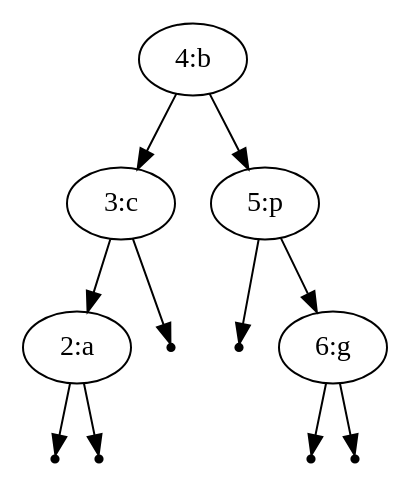
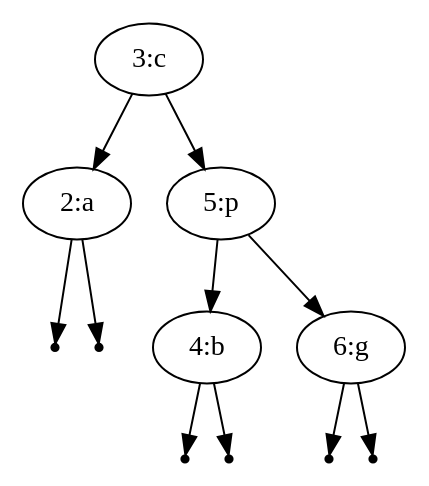
One commit to Lentosy/Master-Informatica changed the diagram in Semester I/Gevorderde algoritmen/Labo 2019-2020/1. Binaire Zoekbomen/boom.dot. Above: the diagram before and after it, drawn with Graphviz. The commit also changed 5 other files, not shown here.

```diff
--- a/Semester I/Gevorderde algoritmen/Labo 2019-2020/1. Binaire Zoekbomen/boom.dot
+++ b/Semester I/Gevorderde algoritmen/Labo 2019-2020/1. Binaire Zoekbomen/boom.dot
@@ -1,23 +1,23 @@
 digraph {
-"1"[label="4:b"];
-"2"[label="3:c"];
-"3"[label="2:a"];
+"1"[label="3:c"];
+"2"[label="2:a"];
+"3" [shape=point];
 "4" [shape=point];
-"5" [shape=point];
-"3" -> "4";
-"3" -> "5";
-"6" [shape=point];
 "2" -> "3";
-"2" -> "6";
-"7"[label="5:p"];
+"2" -> "4";
+"5"[label="5:p"];
+"6"[label="4:b"];
+"7" [shape=point];
 "8" [shape=point];
+"6" -> "7";
+"6" -> "8";
 "9"[label="6:g"];
 "10" [shape=point];
 "11" [shape=point];
 "9" -> "10";
 "9" -> "11";
-"7" -> "8";
-"7" -> "9";
+"5" -> "6";
+"5" -> "9";
 "1" -> "2";
-"1" -> "7";
+"1" -> "5";
 }
```
